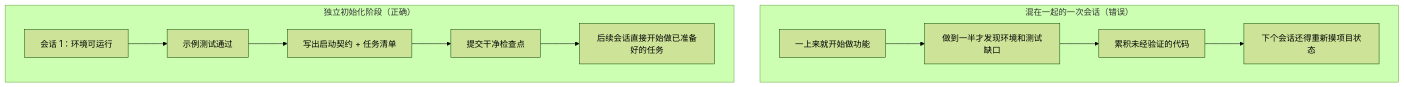
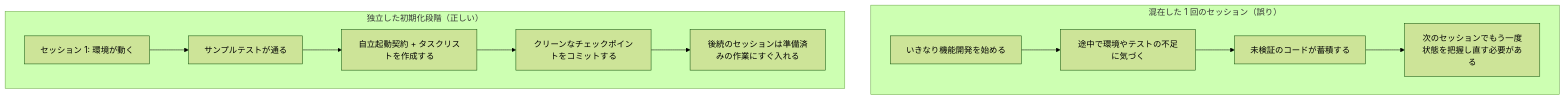
The diagram in docs/zh/lectures/lecture-06-why-initialization-needs-its-own-phase/index.md (mkusaka/learn-harness-engineering), drawn with Mermaid (forest theme) before and after one commit. The commit also changed other lines of this file and 571 other files, not shown here.

````diff
--- a/docs/zh/lectures/lecture-06-why-initialization-needs-its-own-phase/index.md
+++ b/docs/zh/lectures/lecture-06-why-initialization-needs-its-own-phase/index.md
@@ -22,15 +22,15 @@
 ```mermaid
 flowchart TB
-    subgraph Wrong["混在一起的一次会话（错误）"]
-        W1["一上来就开始做功能"] --> W2["做到一半才发现环境和测试缺口"]
-        W2 --> W3["累积未经验证的代码"]
-        W3 --> W4["下个会话还得重新摸项目状态"]
+    subgraph Wrong["混在した 1 回のセッション（誤り）"]
+        W1["いきなり機能開発を始める"] --> W2["途中で環境やテストの不足に気づく"]
+        W2 --> W3["未検証のコードが蓄積する"]
+        W3 --> W4["次のセッションでもう一度状態を把握し直す必要がある"]
     end
 
-    subgraph Right["独立初始化阶段（正确）"]
-        R1["会话 1：环境可运行"] --> R2["示例测试通过"]
-        R2 --> R3["写出启动契约 + 任务清单"]
-        R3 --> R4["提交干净检查点"]
-        R4 --> R5["后续会话直接开始做已准备好的任务"]
+    subgraph Right["独立した初期化段階（正しい）"]
+        R1["セッション 1: 環境が動く"] --> R2["サンプルテストが通る"]
+        R2 --> R3["自立起動契約 + タスクリストを作成する"]
+        R3 --> R4["クリーンなチェックポイントをコミットする"]
+        R4 --> R5["後続のセッションは準備済みの作業にすぐ入れる"]
     end
 ```
````
